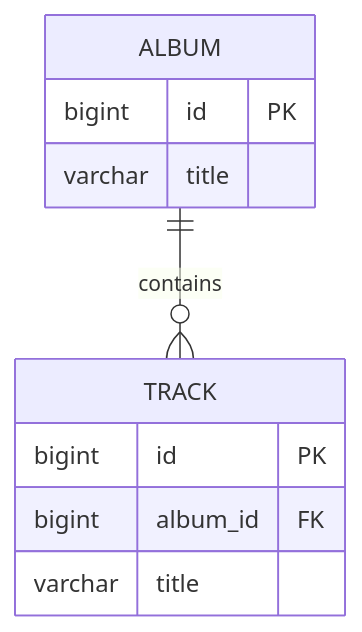
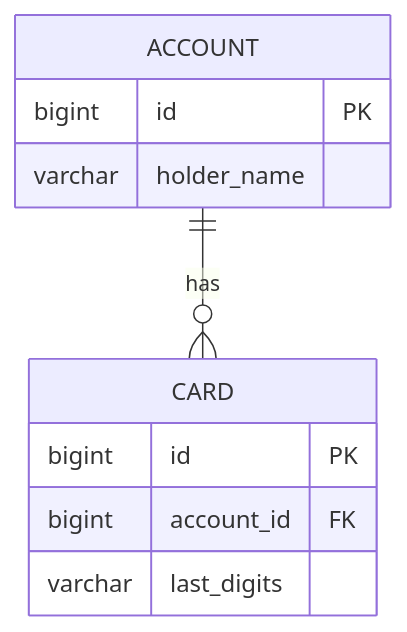
Before and after one commit to alancesar/design-patterns: the diagram in i18n/en/docusaurus-plugin-content-docs/current/design/poeaa/object-relational-structural/foreign-key-mapping.md, drawn with Mermaid. The commit also changed other lines of this file and 95 other files, not shown here.

First line of the commit message:
Switch PoEAA examples and diagrams to fintech scenarios

````diff
--- a/i18n/en/docusaurus-plugin-content-docs/current/design/poeaa/object-relational-structural/foreign-key-mapping.md
+++ b/i18n/en/docusaurus-plugin-content-docs/current/design/poeaa/object-relational-structural/foreign-key-mapping.md
@@ -51,13 +51,13 @@
 ```mermaid
 erDiagram
-    ALBUM ||--o{ TRACK : contains
-    ALBUM {
+    ACCOUNT ||--o{ CARD : has
+    ACCOUNT {
         bigint id PK
-        varchar title
+        varchar holder_name
     }
-    TRACK {
+    CARD {
         bigint id PK
-        bigint album_id FK
-        varchar title
+        bigint account_id FK
+        varchar last_digits
     }
 ```
````
